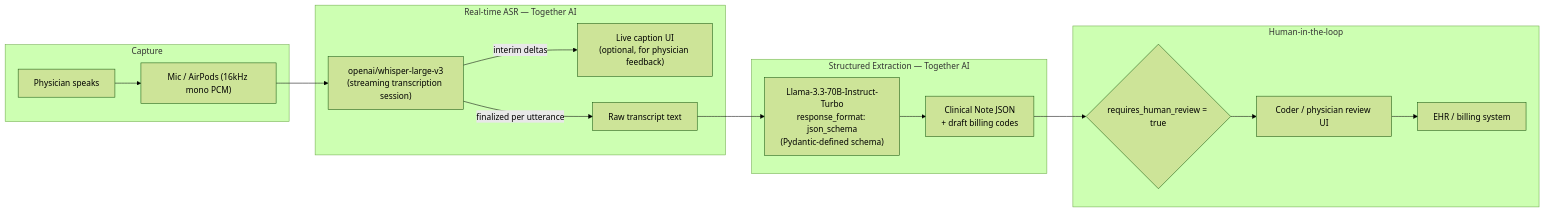
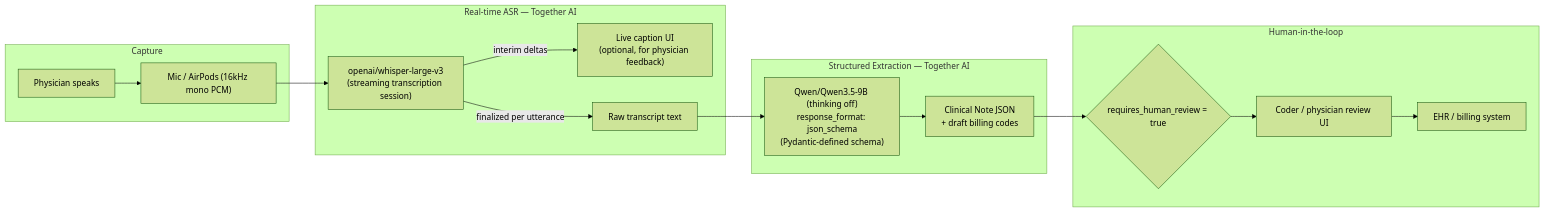
The first of 2 diagrams in ARCHITECTURE.md (hjma29/realtime_transcription), drawn with Mermaid (forest theme) before and after one commit. The commit also changed other lines of this file and 5 other files, not shown here.

First line of the commit message:
Switch the demo's structuring model to Qwen/Qwen3.5-9B (thinking off)

````diff
--- a/ARCHITECTURE.md
+++ b/ARCHITECTURE.md
@@ -3,23 +3,23 @@
 ```mermaid
 flowchart LR
     subgraph Capture["Capture"]
         A["Physician speaks"] --> B["Mic / AirPods (16kHz mono PCM)"]
     end
 
     subgraph ASR["Real-time ASR — Together AI"]
         B --> C["openai/whisper-large-v3\n(streaming transcription session)"]
         C -->|"interim deltas"| D["Live caption UI\n(optional, for physician feedback)"]
         C -->|"finalized per utterance"| E["Raw transcript text"]
     end
 
     subgraph Structure["Structured Extraction — Together AI"]
-        E --> F["Llama-3.3-70B-Instruct-Turbo\nresponse_format: json_schema\n(Pydantic-defined schema)"]
+        E --> F["Qwen/Qwen3.5-9B (thinking off)\nresponse_format: json_schema\n(Pydantic-defined schema)"]
         F --> G["Clinical Note JSON\n+ draft billing codes"]
     end
 
     subgraph Review["Human-in-the-loop"]
         G --> H{"requires_human_review = true"}
         H --> I["Coder / physician review UI"]
         I --> J["EHR / billing system"]
     end
 ```
````
